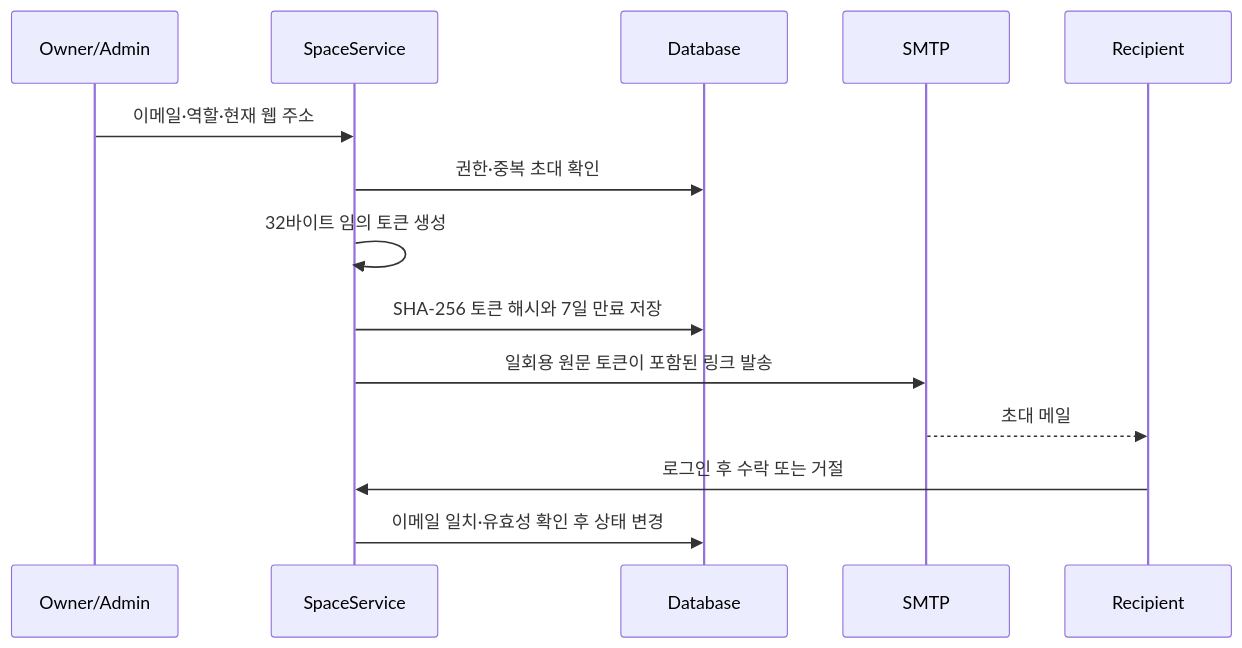
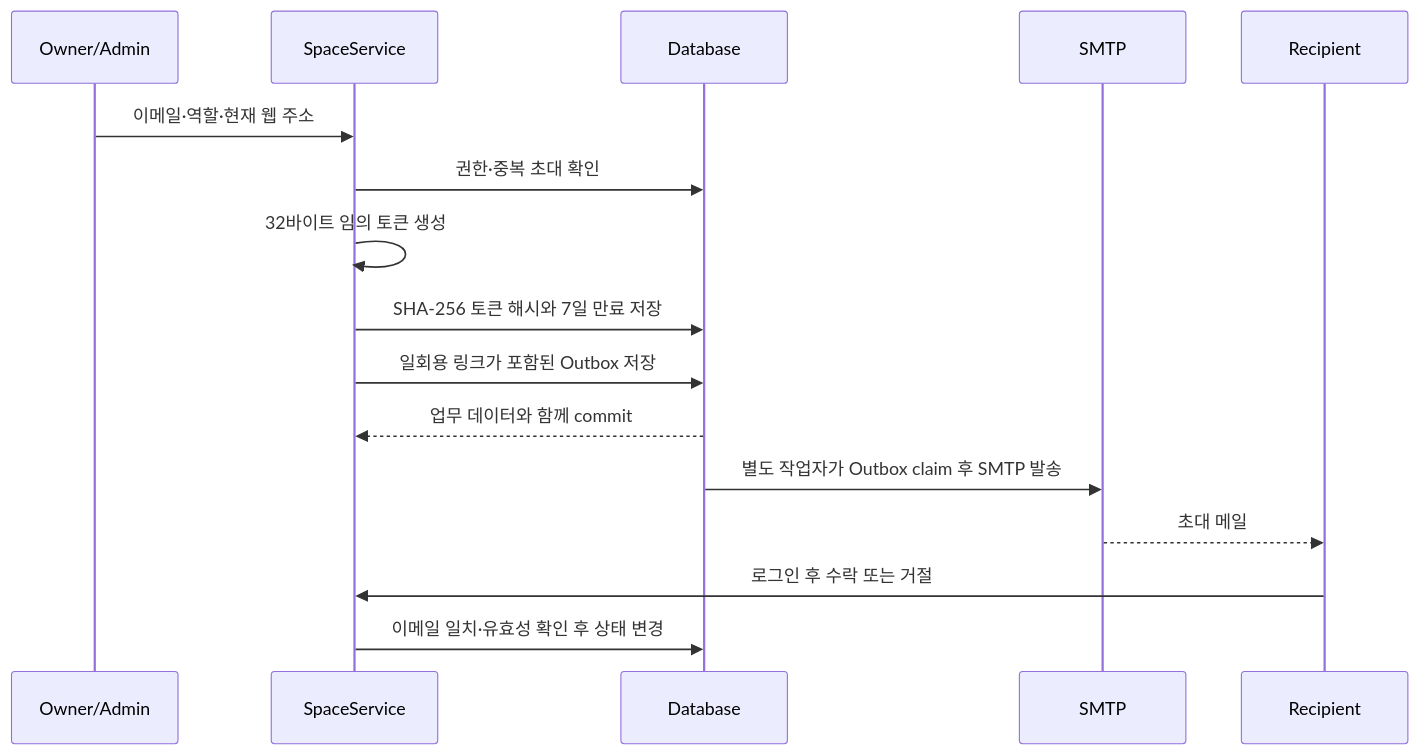
The fifth of 6 diagrams in docs/DETAILED_DESIGN.md (khhan-dev/moaday), drawn with Mermaid before and after one commit. The commit also changed other lines of this file and 27 other files, not shown here.

````diff
--- a/docs/DETAILED_DESIGN.md
+++ b/docs/DETAILED_DESIGN.md
@@ -192,16 +192,18 @@
 ```mermaid
 sequenceDiagram
     participant O as Owner/Admin
     participant S as SpaceService
     participant D as Database
     participant M as SMTP
     participant R as Recipient
     O->>S: 이메일·역할·현재 웹 주소
     S->>D: 권한·중복 초대 확인
     S->>S: 32바이트 임의 토큰 생성
     S->>D: SHA-256 토큰 해시와 7일 만료 저장
-    S->>M: 일회용 원문 토큰이 포함된 링크 발송
+    S->>D: 일회용 링크가 포함된 Outbox 저장
+    D-->>S: 업무 데이터와 함께 commit
+    D->>M: 별도 작업자가 Outbox claim 후 SMTP 발송
     M-->>R: 초대 메일
     R->>S: 로그인 후 수락 또는 거절
     S->>D: 이메일 일치·유효성 확인 후 상태 변경
 ```
````
